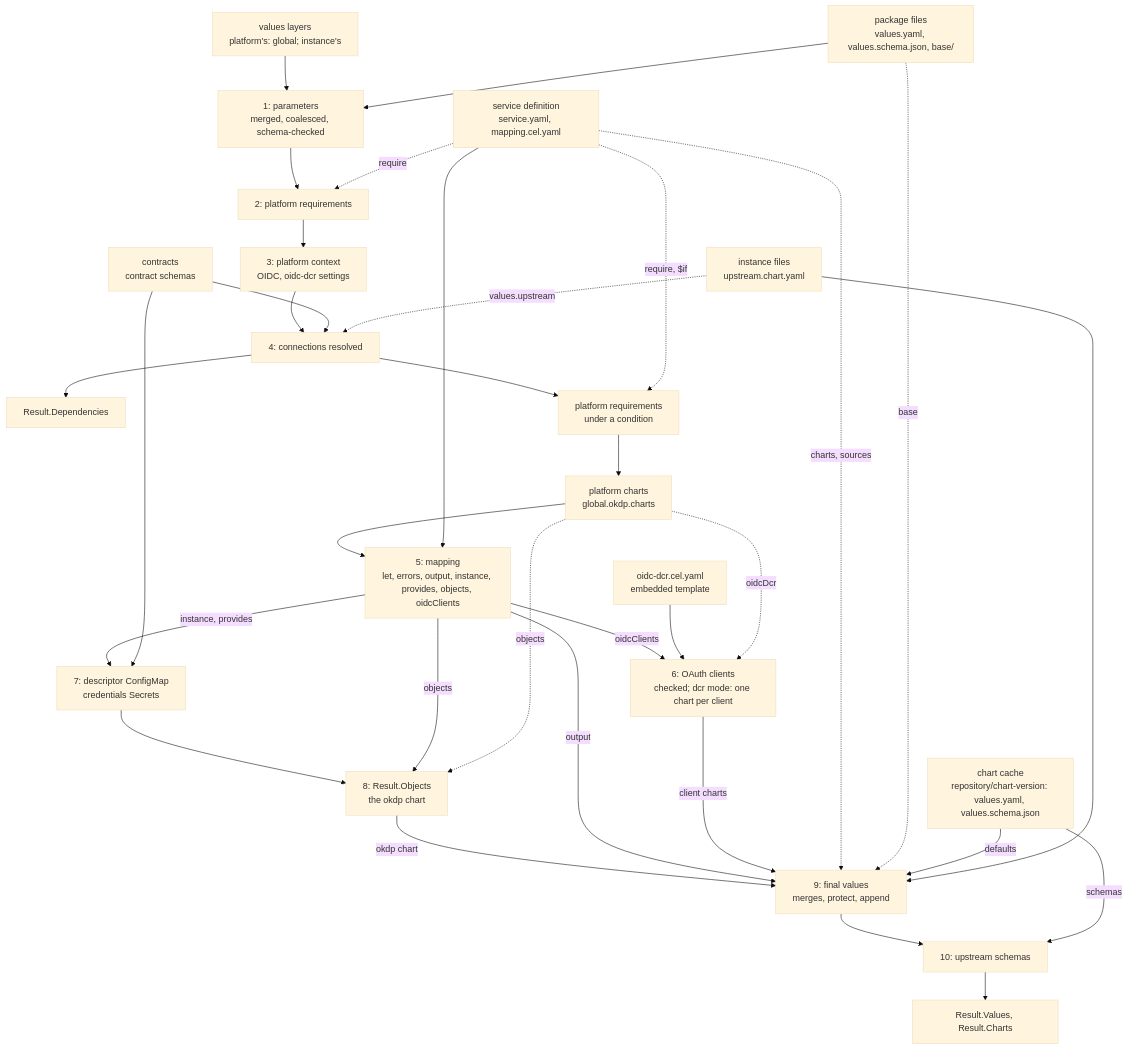
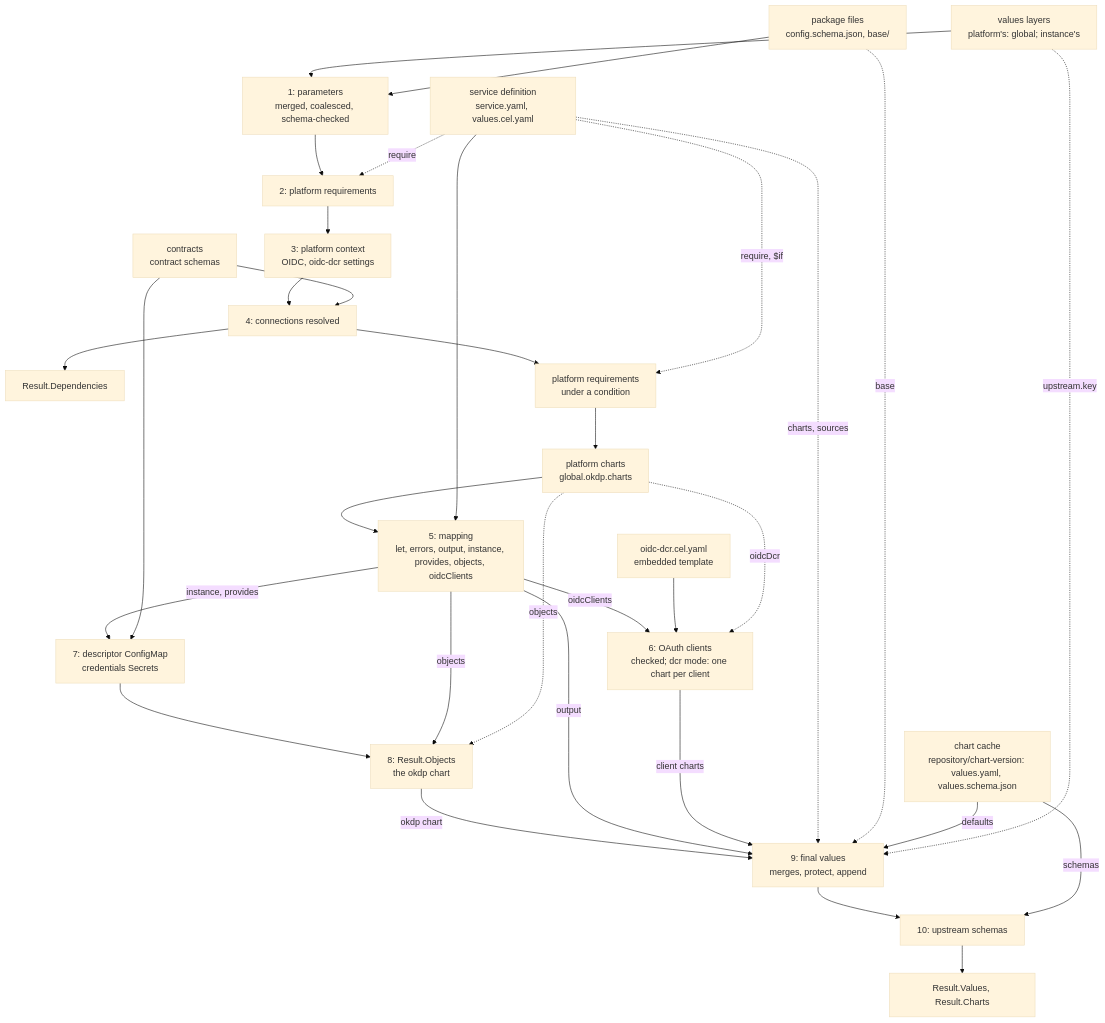
Before and after one commit to OKDP/okdp-compiler: the diagram in docs/00_architecture.md, drawn with Mermaid (base theme). The commit also changed other lines of this file and 59 other files, not shown here.

````diff
--- a/docs/00_architecture.md
+++ b/docs/00_architecture.md
@@ -44,43 +44,41 @@
 ```mermaid
 flowchart TD
-  def["service definition<br/>service.yaml, mapping.cel.yaml"]
-  pkg["package files<br/>values.yaml, values.schema.json, base/"]
+  def["service definition<br/>service.yaml, values.cel.yaml"]
+  pkg["package files<br/>config.schema.json, base/"]
   layers["values layers<br/>platform's: global; instance's"]
   contracts["contracts<br/>contract schemas"]
   cache["chart cache<br/>repository/chart-version: values.yaml, values.schema.json"]
-  files["instance files<br/>upstream.chart.yaml"]
   tmpl["oidc-dcr.cel.yaml<br/>embedded template"]
 
   layers --> s1["1: parameters<br/>merged, coalesced, schema-checked"]
   pkg --> s1
   s1 --> s2["2: platform requirements"]
   def -. require .-> s2
   s2 --> s3["3: platform context<br/>OIDC, oidc-dcr settings"]
   s3 --> s4["4: connections resolved"]
   contracts --> s4
   s4 --> deps["Result.Dependencies"]
   s4 --> rw["platform requirements<br/>under a condition"]
   def -. "require, $if" .-> rw
   rw --> pc["platform charts<br/>global.okdp.charts"]
   pc --> s5["5: mapping<br/>let, errors, output, instance, provides, objects, oidcClients"]
   def --> s5
   s5 -- oidcClients --> s6["6: OAuth clients<br/>checked; dcr mode: one chart per client"]
   tmpl --> s6
   pc -. oidcDcr .-> s6
   s5 -- "instance, provides" --> s7["7: descriptor ConfigMap<br/>credentials Secrets"]
   contracts --> s7
   s7 --> s8["8: Result.Objects<br/>the okdp chart"]
   s5 -- objects --> s8
   pc -. objects .-> s8
   s8 -- "okdp chart" --> s9
   s5 -- output --> s9["9: final values<br/>merges, protect, append"]
   s6 -- "client charts" --> s9
   def -. "charts, sources" .-> s9
   pkg -. base .-> s9
   cache -- defaults --> s9
-  files -. "values.upstream" .-> s4
-  files --> s9
+  layers -. "upstream.key" .-> s9
   s9 --> s10["10: upstream schemas"]
   cache -- schemas --> s10
   s10 --> vals["Result.Values, Result.Charts"]
 ```
````
